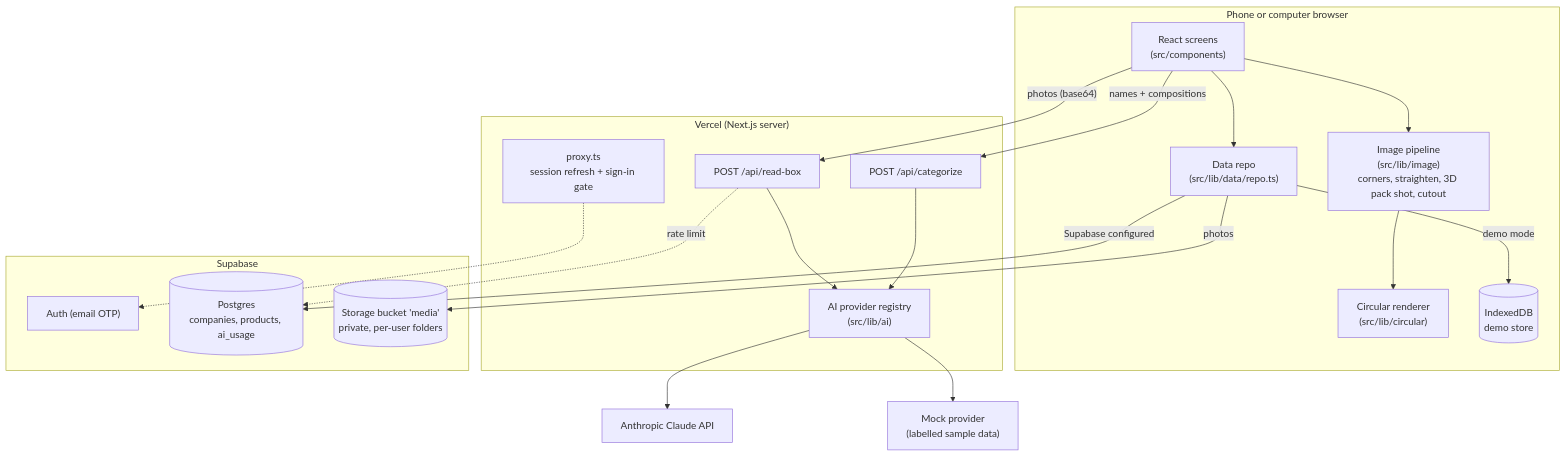
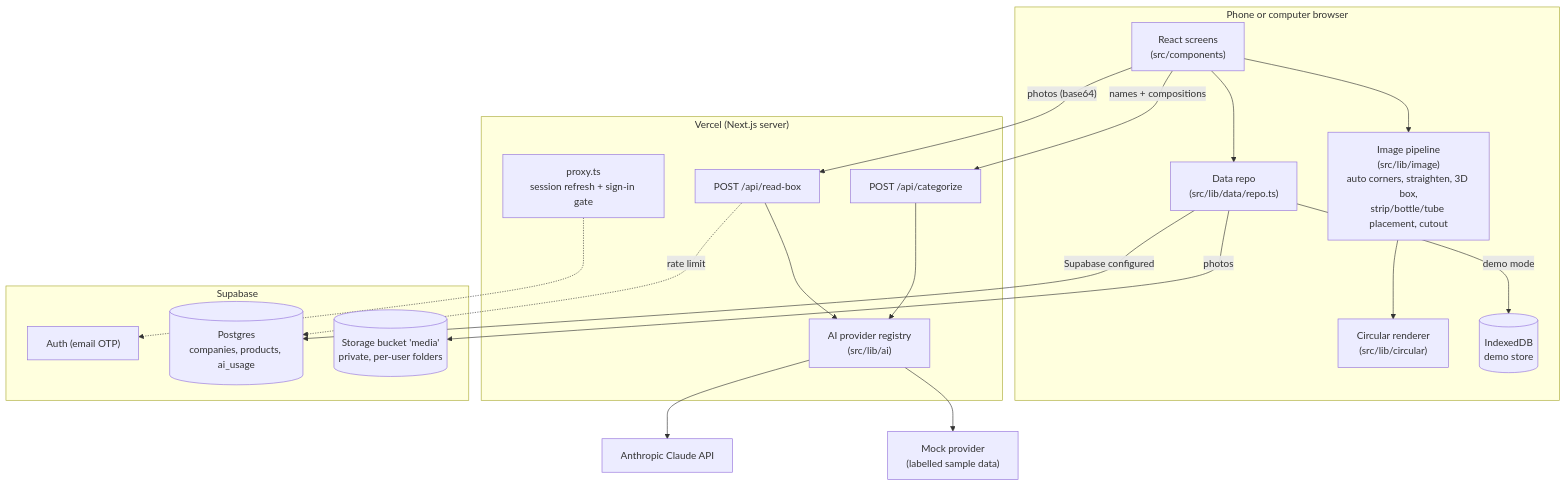
One commit to kollanaveen-ctrl/dawakraft changed the first of 3 diagrams in docs/ARCHITECTURE.md. Above: the diagram before and after it, drawn with Mermaid. The commit also changed other lines of this file and 39 other files, not shown here.

````diff
--- a/docs/ARCHITECTURE.md
+++ b/docs/ARCHITECTURE.md
@@ -24,37 +24,37 @@
 ```mermaid
 flowchart TB
   subgraph Phone["Phone or computer browser"]
     UI["React screens<br/>(src/components)"]
-    IMG["Image pipeline<br/>(src/lib/image)<br/>corners, straighten, 3D pack shot, cutout"]
+    IMG["Image pipeline<br/>(src/lib/image)<br/>auto corners, straighten, 3D box,<br/>strip/bottle/tube placement, cutout"]
     CIRC["Circular renderer<br/>(src/lib/circular)"]
     REPO["Data repo<br/>(src/lib/data/repo.ts)"]
     IDB[("IndexedDB<br/>demo store")]
   end
   subgraph Vercel["Vercel (Next.js server)"]
     PROXY["proxy.ts<br/>session refresh + sign-in gate"]
     RB["POST /api/read-box"]
     CAT["POST /api/categorize"]
     AI["AI provider registry<br/>(src/lib/ai)"]
   end
   subgraph Supabase
     AUTH["Auth (email OTP)"]
     PG[("Postgres<br/>companies, products, ai_usage")]
     ST[("Storage bucket 'media'<br/>private, per-user folders")]
   end
   CLAUDE["Anthropic Claude API"]
   MOCK["Mock provider<br/>(labelled sample data)"]
 
   UI --> IMG --> CIRC
   UI --> REPO
   REPO -- "demo mode" --> IDB
   REPO -- "Supabase configured" --> PG
   REPO -- "photos" --> ST
   UI -- "photos (base64)" --> RB
   UI -- "names + compositions" --> CAT
   RB --> AI
   CAT --> AI
   AI --> CLAUDE
   AI --> MOCK
   RB -. "rate limit" .-> PG
   PROXY -.-> AUTH
 ```
````
